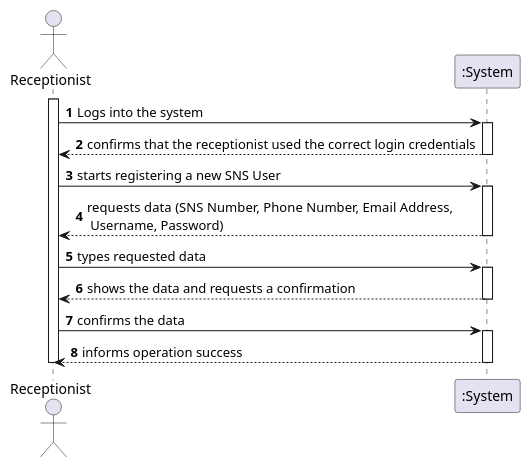
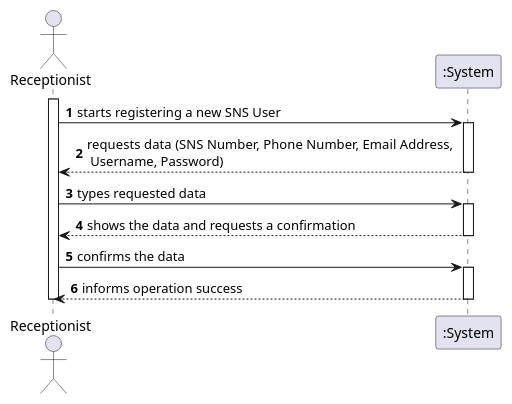
One commit to PedroMesquita1211171/VaccinationManager changed the diagram in docs/SprintB/US/US3/US003_SSD.puml. Above: the diagram before and after it, drawn with PlantUML. The commit also changed 10 other files, not shown here.

```diff
--- a/docs/SprintB/US/US3/US003_SSD.puml
+++ b/docs/SprintB/US/US3/US003_SSD.puml
@@ -1,28 +1,23 @@
 @startuml
 autonumber
 actor "Receptionist" as rcp
 
 activate rcp
-rcp -> ":System" : Logs into the system
-activate ":System"
-":System" --> rcp : confirms that the receptionist used the correct login credentials
-deactivate ":System"
-
 rcp -> ":System" : starts registering a new SNS User
 activate ":System"
 ":System" --> rcp : requests data (SNS Number, Phone Number, Email Address, \n Username, Password)
 deactivate ":System"
 
 rcp -> ":System" : types requested data
 activate ":System"
 ":System" --> rcp : shows the data and requests a confirmation
 deactivate ":System"
 
 rcp -> ":System" : confirms the data
 activate ":System"
 ":System" --> rcp : informs operation success
 deactivate ":System"
 
 deactivate rcp
 
 @enduml
```
